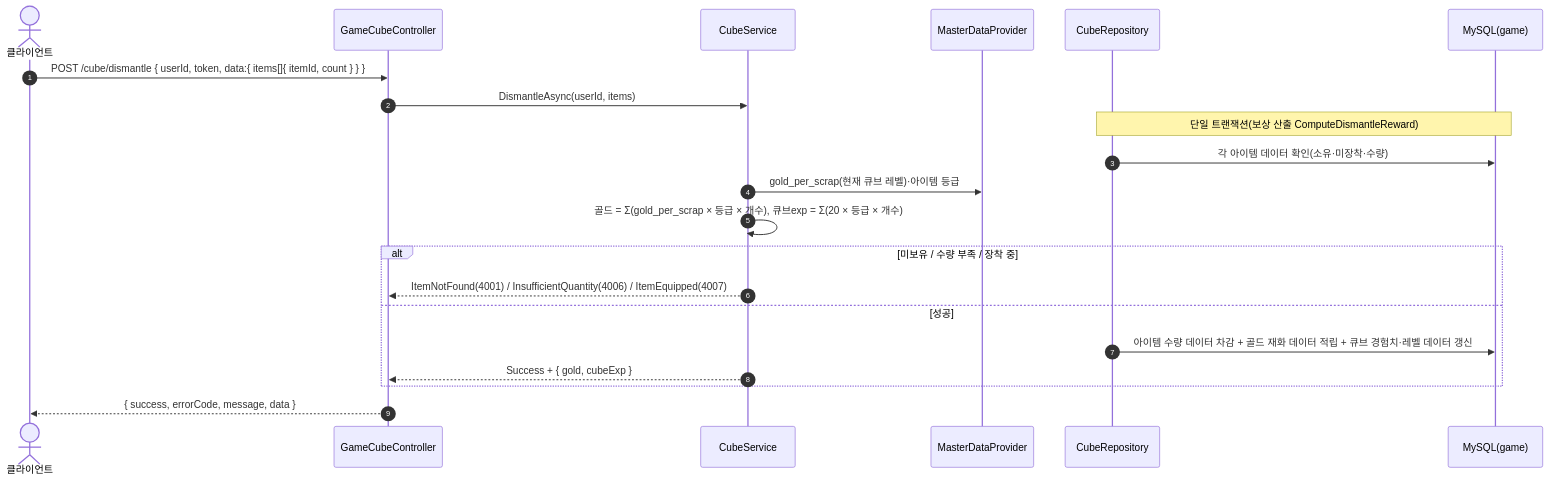
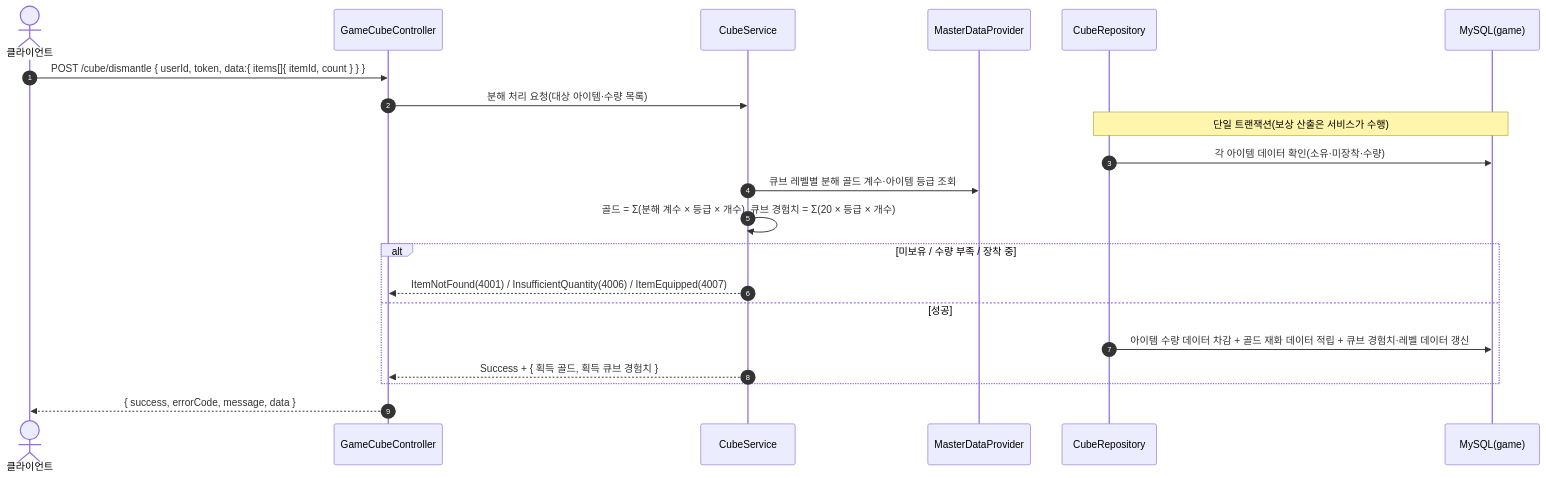
Before and after one commit to ks-wook/com2us-taskbar-hero: the second of 3 diagrams in SequenceDiagram/GameCubeController.md, drawn with Mermaid. The commit also changed other lines of this file and 7 other files, not shown here.

Commit message:
시퀀스 다이어그램 수정

````diff
--- a/SequenceDiagram/GameCubeController.md
+++ b/SequenceDiagram/GameCubeController.md
@@ -37,24 +37,24 @@
 ```mermaid
 sequenceDiagram
     autonumber
     actor C as 클라이언트
     participant Ctrl as GameCubeController
     participant Svc as CubeService
     participant MD as MasterDataProvider
     participant Repo as CubeRepository
     participant DB as MySQL(game)
 
     C->>Ctrl: POST /cube/dismantle { userId, token, data:{ items[]{ itemId, count } } }
-    Ctrl->>Svc: DismantleAsync(userId, items)
-    Note over Repo,DB: 단일 트랜잭션(보상 산출 ComputeDismantleReward)
+    Ctrl->>Svc: 분해 처리 요청(대상 아이템·수량 목록)
+    Note over Repo,DB: 단일 트랜잭션(보상 산출은 서비스가 수행)
     Repo->>DB: 각 아이템 데이터 확인(소유·미장착·수량)
-    Svc->>MD: gold_per_scrap(현재 큐브 레벨)·아이템 등급
-    Svc->>Svc: 골드 = Σ(gold_per_scrap × 등급 × 개수), 큐브exp = Σ(20 × 등급 × 개수)
+    Svc->>MD: 큐브 레벨별 분해 골드 계수·아이템 등급 조회
+    Svc->>Svc: 골드 = Σ(분해 계수 × 등급 × 개수), 큐브 경험치 = Σ(20 × 등급 × 개수)
     alt 미보유 / 수량 부족 / 장착 중
         Svc-->>Ctrl: ItemNotFound(4001) / InsufficientQuantity(4006) / ItemEquipped(4007)
     else 성공
         Repo->>DB: 아이템 수량 데이터 차감 + 골드 재화 데이터 적립 + 큐브 경험치·레벨 데이터 갱신
-        Svc-->>Ctrl: Success + { gold, cubeExp }
+        Svc-->>Ctrl: Success + { 획득 골드, 획득 큐브 경험치 }
     end
     Ctrl-->>C: { success, errorCode, message, data }
 ```
````
